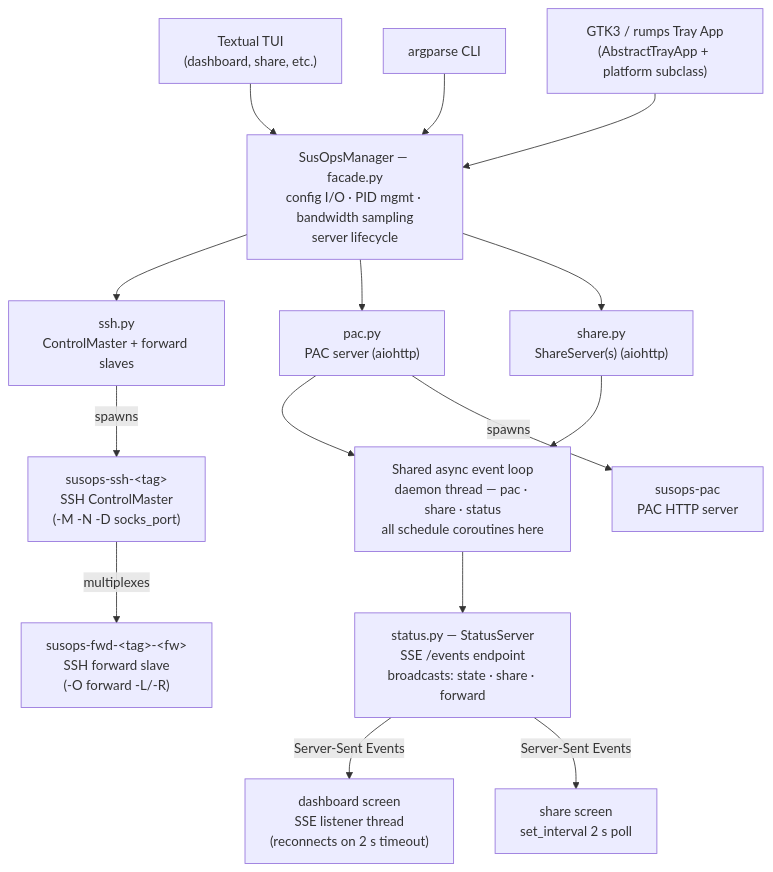
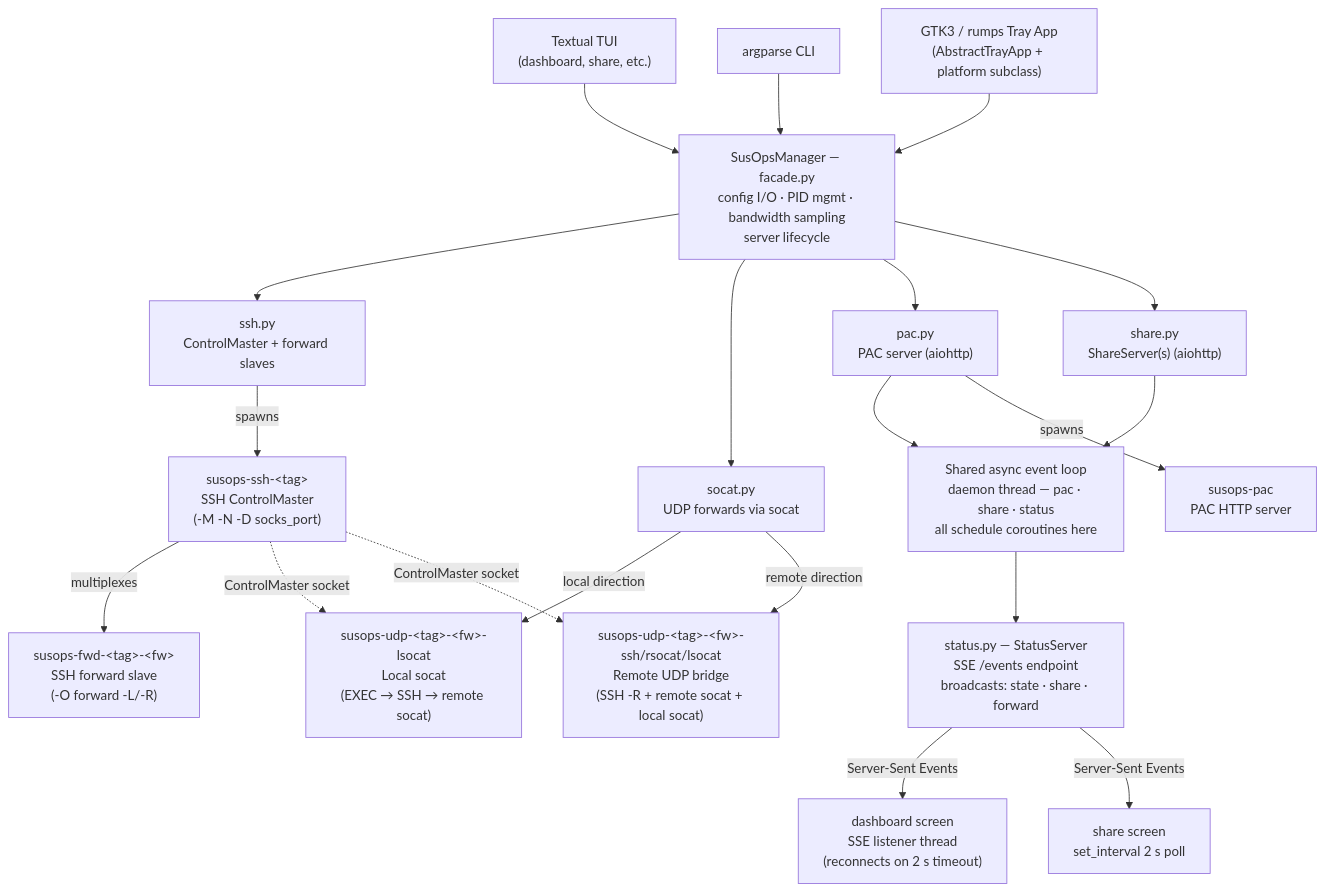
The diagram in README.md (mashb1t/susops), drawn with Mermaid before and after one commit. The commit also changed other lines of this file and 1 other file, not shown here.

First line of the commit message:
docs: document UDP port forwarding architecture and usage

````diff
--- a/README.md
+++ b/README.md
@@ -40,42 +43,50 @@
 ```mermaid
 flowchart TD
     TUI["Textual TUI\n(dashboard, share, etc.)"]
     CLI["argparse CLI"]
     Tray["GTK3 / rumps Tray App\n(AbstractTrayApp + platform subclass)"]
 
     Facade["SusOpsManager — facade.py\nconfig I/O · PID mgmt · bandwidth sampling\nserver lifecycle"]
 
     SSH["ssh.py\nControlMaster + forward slaves"]
+    Socat["socat.py\nUDP forwards via socat"]
     PAC["pac.py\nPAC server (aiohttp)"]
     Share["share.py\nShareServer(s) (aiohttp)"]
 
     Loop["Shared async event loop\ndaemon thread — pac · share · status\nall schedule coroutines here"]
 
     Status["status.py — StatusServer\nSSE /events endpoint\nbroadcasts: state · share · forward"]
 
     Dashboard["dashboard screen\nSSE listener thread\n(reconnects on 2 s timeout)"]
     ShareScreen["share screen\nset_interval 2 s poll"]
 
     Master["susops-ssh-&lt;tag&gt;\nSSH ControlMaster\n(-M -N -D socks_port)"]
     Slave["susops-fwd-&lt;tag&gt;-&lt;fw&gt;\nSSH forward slave\n(-O forward -L/-R)"]
     PacProc["susops-pac\nPAC HTTP server"]
+    UDPLocal["susops-udp-&lt;tag&gt;-&lt;fw&gt;-lsocat\nLocal socat\n(EXEC → SSH → remote socat)"]
+    UDPRemote["susops-udp-&lt;tag&gt;-&lt;fw&gt;-ssh/rsocat/lsocat\nRemote UDP bridge\n(SSH -R + remote socat + local socat)"]
 
     TUI --> Facade
     CLI --> Facade
     Tray --> Facade
 
     Facade --> SSH
+    Facade --> Socat
     Facade --> PAC
     Facade --> Share
 
     PAC --> Loop
     Share --> Loop
     Loop --> Status
 
     Status -->|Server-Sent Events| Dashboard
     Status -->|Server-Sent Events| ShareScreen
 
     SSH -->|spawns| Master
     Master -->|multiplexes| Slave
     PAC -->|spawns| PacProc
+    Socat -->|local direction| UDPLocal
+    Socat -->|remote direction| UDPRemote
+    Master -.->|ControlMaster socket| UDPLocal
+    Master -.->|ControlMaster socket| UDPRemote
 ```
````
